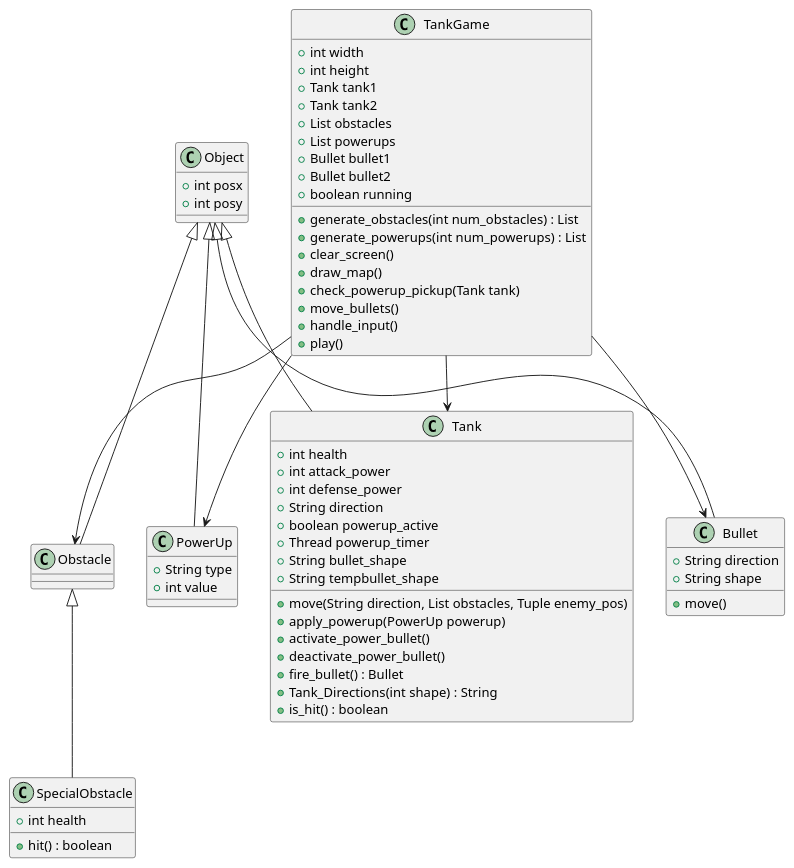
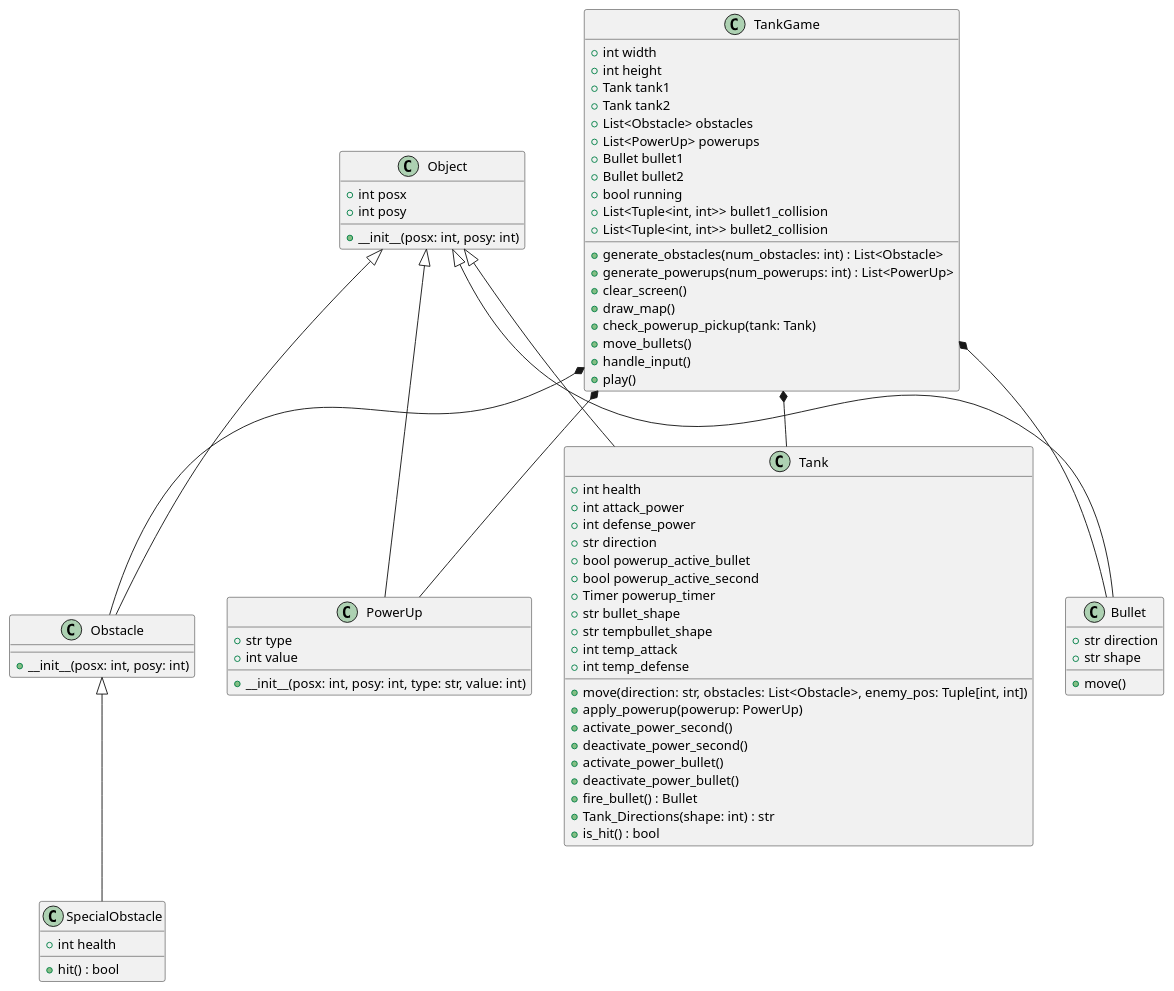
One commit to gemaymini/tank changed the diagram in tankUML.puml. Above: the diagram before and after it, drawn with PlantUML.

```diff
--- a/tankUML.puml
+++ b/tankUML.puml
@@ -1,80 +1,85 @@
 @startuml
 
 class Object {
     +int posx
     +int posy
+    +__init__(posx: int, posy: int)
 }
 
 class Tank {
     +int health
     +int attack_power
     +int defense_power
-    +String direction
-    +boolean powerup_active
-    +Thread powerup_timer
-    +String bullet_shape
-    +String tempbullet_shape
-    +move(String direction, List obstacles, Tuple enemy_pos)
-    +apply_powerup(PowerUp powerup)
+    +str direction
+    +bool powerup_active_bullet
+    +bool powerup_active_second
+    +Timer powerup_timer
+    +str bullet_shape
+    +str tempbullet_shape
+    +int temp_attack
+    +int temp_defense
+    +move(direction: str, obstacles: List<Obstacle>, enemy_pos: Tuple[int, int])
+    +apply_powerup(powerup: PowerUp)
+    +activate_power_second()
+    +deactivate_power_second()
     +activate_power_bullet()
     +deactivate_power_bullet()
     +fire_bullet() : Bullet
-    +Tank_Directions(int shape) : String
-    +is_hit() : boolean
+    +Tank_Directions(shape: int) : str
+    +is_hit() : bool
 }
 
 class Bullet {
-    +String direction
-    +String shape
+    +str direction
+    +str shape
     +move()
 }
 
 class Obstacle {
+    +__init__(posx: int, posy: int)
 }
 
 class SpecialObstacle {
     +int health
-    +hit() : boolean
+    +hit() : bool
 }
 
 class PowerUp {
-    +String type
+    +str type
     +int value
+    +__init__(posx: int, posy: int, type: str, value: int)
 }
 
 class TankGame {
     +int width
     +int height
     +Tank tank1
     +Tank tank2
-    +List obstacles
-    +List powerups
+    +List<Obstacle> obstacles
+    +List<PowerUp> powerups
     +Bullet bullet1
     +Bullet bullet2
-    +boolean running
-    +generate_obstacles(int num_obstacles) : List
-    +generate_powerups(int num_powerups) : List
+    +bool running
+    +List<Tuple<int, int>> bullet1_collision
+    +List<Tuple<int, int>> bullet2_collision
+    +generate_obstacles(num_obstacles: int) : List<Obstacle>
+    +generate_powerups(num_powerups: int) : List<PowerUp>
     +clear_screen()
     +draw_map()
-    +check_powerup_pickup(Tank tank)
+    +check_powerup_pickup(tank: Tank)
     +move_bullets()
     +handle_input()
     +play()
 }
 
-
-
-
-TankGame --> Tank
-TankGame --> PowerUp
-TankGame --> Obstacle
-TankGame --> Bullet
-
 Object <|-- Tank
 Object <|-- Bullet
 Object <|-- Obstacle
+Obstacle <|-- SpecialObstacle
 Object <|-- PowerUp
-Obstacle <|-- SpecialObstacle
-
+TankGame *-- Tank
+TankGame *-- Obstacle
+TankGame *-- PowerUp
+TankGame *-- Bullet
 
 @enduml
```
